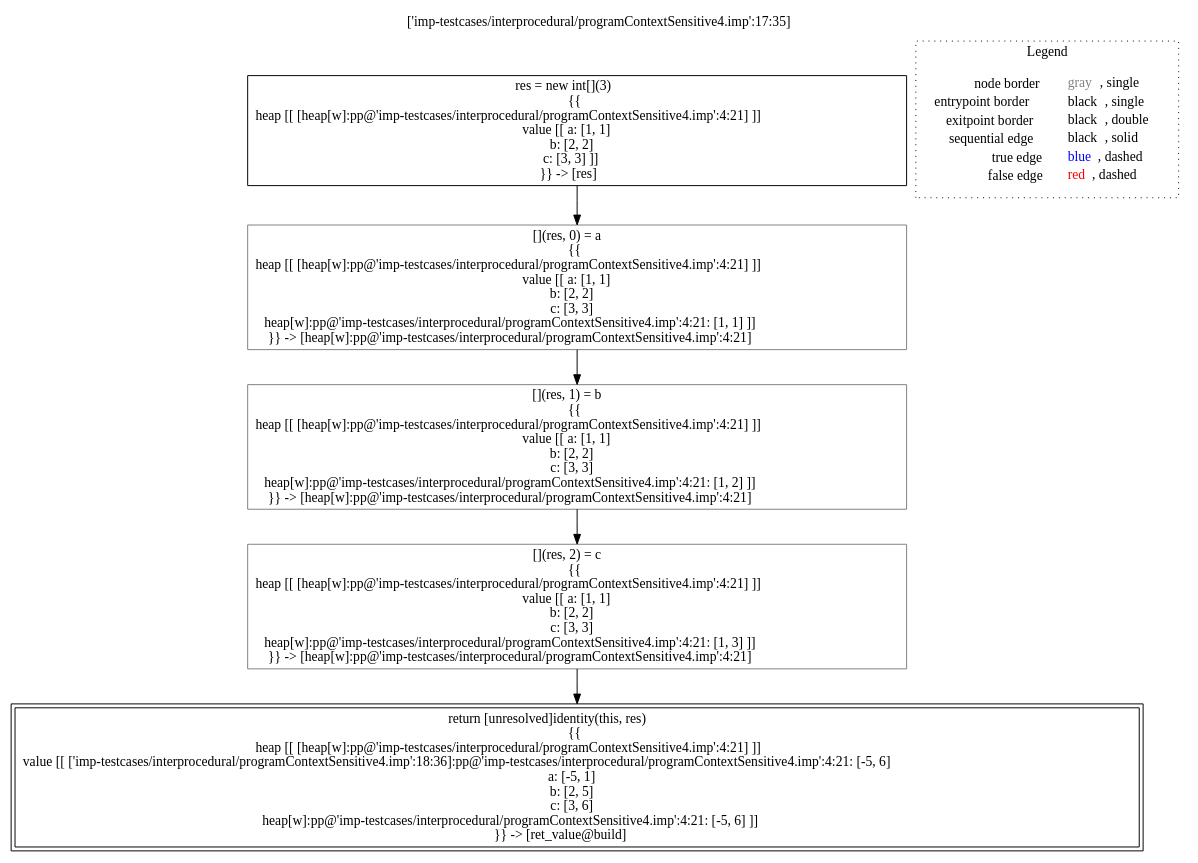
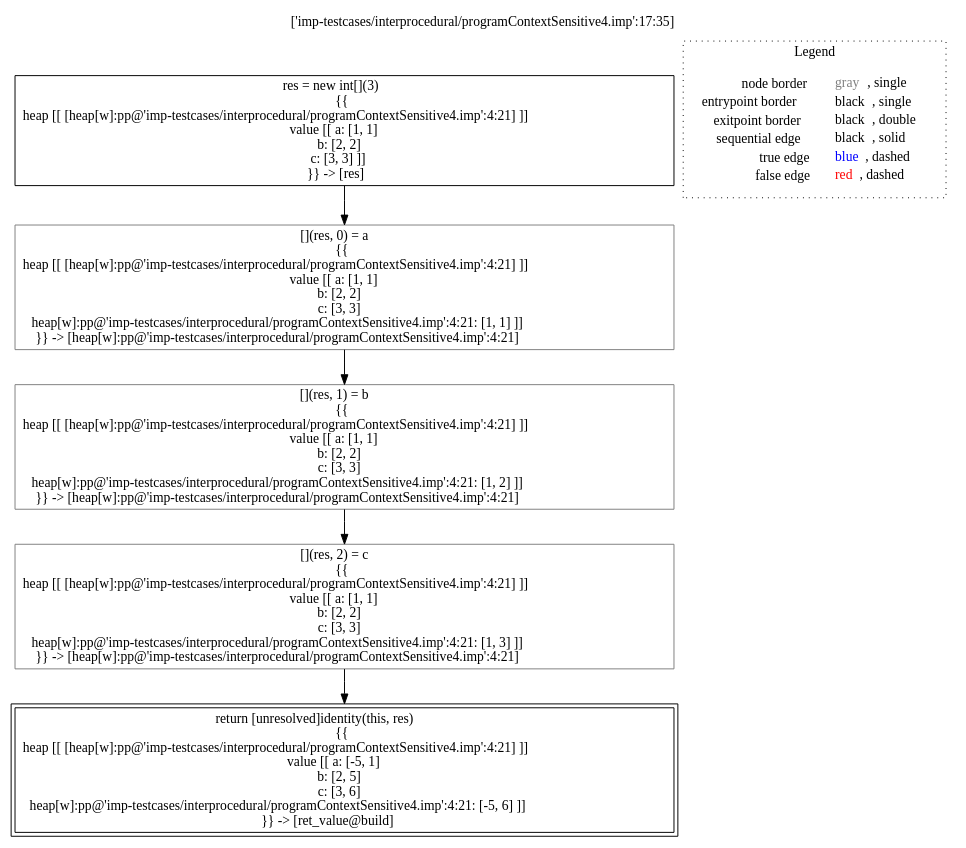
One commit to lisa-analyzer/lisa changed the diagram in lisa/imp-testcases/interprocedural/RTAContextSensitive5/analysis___-2042609950_untyped_A.build(A_this,_untyped_a,_untyped_b,_untyped_c).dot. Above: the diagram before and after it, drawn with Graphviz. The commit also changed 8 other files, not shown here.

Commit message:
#95 corrected and improved context sensitive + rta + point-based heap tests

```diff
--- a/lisa/imp-testcases/interprocedural/RTAContextSensitive5/analysis___-2042609950_untyped_A.build(A_this,_untyped_a,_untyped_b,_untyped_c).dot
+++ b/lisa/imp-testcases/interprocedural/RTAContextSensitive5/analysis___-2042609950_untyped_A.build(A_this,_untyped_a,_untyped_b,_untyped_c).dot
@@ -1,20 +1,20 @@
 digraph {
 	labelloc="t";
 	label="['imp-testcases/interprocedural/programContextSensitive4.imp':17:35]";
 	"node0" [shape="rect",color="black",label=<res = new int[](3)<BR/>{{<BR/>heap [[ [heap[w]:pp@'imp-testcases/interprocedural/programContextSensitive4.imp':4:21] ]]<BR/>value [[ a: [1, 1]<BR/>b: [2, 2]<BR/>c: [3, 3] ]]<BR/>}} -&gt; [res]>];
 	"node1" [shape="rect",color="gray",label=<[](res, 2) = c<BR/>{{<BR/>heap [[ [heap[w]:pp@'imp-testcases/interprocedural/programContextSensitive4.imp':4:21] ]]<BR/>value [[ a: [1, 1]<BR/>b: [2, 2]<BR/>c: [3, 3]<BR/>heap[w]:pp@'imp-testcases/interprocedural/programContextSensitive4.imp':4:21: [1, 3] ]]<BR/>}} -&gt; [heap[w]:pp@'imp-testcases/interprocedural/programContextSensitive4.imp':4:21]>];
-	"node2" [shape="rect",color="black",peripheries="2",label=<return [unresolved]identity(this, res)<BR/>{{<BR/>heap [[ [heap[w]:pp@'imp-testcases/interprocedural/programContextSensitive4.imp':4:21] ]]<BR/>value [[ ['imp-testcases/interprocedural/programContextSensitive4.imp':18:36]:pp@'imp-testcases/interprocedural/programContextSensitive4.imp':4:21: [-5, 6]<BR/>a: [-5, 1]<BR/>b: [2, 5]<BR/>c: [3, 6]<BR/>heap[w]:pp@'imp-testcases/interprocedural/programContextSensitive4.imp':4:21: [-5, 6] ]]<BR/>}} -&gt; [ret_value@build]>];
+	"node2" [shape="rect",color="black",peripheries="2",label=<return [unresolved]identity(this, res)<BR/>{{<BR/>heap [[ [heap[w]:pp@'imp-testcases/interprocedural/programContextSensitive4.imp':4:21] ]]<BR/>value [[ a: [-5, 1]<BR/>b: [2, 5]<BR/>c: [3, 6]<BR/>heap[w]:pp@'imp-testcases/interprocedural/programContextSensitive4.imp':4:21: [-5, 6] ]]<BR/>}} -&gt; [ret_value@build]>];
 	"node3" [shape="rect",color="gray",label=<[](res, 0) = a<BR/>{{<BR/>heap [[ [heap[w]:pp@'imp-testcases/interprocedural/programContextSensitive4.imp':4:21] ]]<BR/>value [[ a: [1, 1]<BR/>b: [2, 2]<BR/>c: [3, 3]<BR/>heap[w]:pp@'imp-testcases/interprocedural/programContextSensitive4.imp':4:21: [1, 1] ]]<BR/>}} -&gt; [heap[w]:pp@'imp-testcases/interprocedural/programContextSensitive4.imp':4:21]>];
 	"node4" [shape="rect",color="gray",label=<[](res, 1) = b<BR/>{{<BR/>heap [[ [heap[w]:pp@'imp-testcases/interprocedural/programContextSensitive4.imp':4:21] ]]<BR/>value [[ a: [1, 1]<BR/>b: [2, 2]<BR/>c: [3, 3]<BR/>heap[w]:pp@'imp-testcases/interprocedural/programContextSensitive4.imp':4:21: [1, 2] ]]<BR/>}} -&gt; [heap[w]:pp@'imp-testcases/interprocedural/programContextSensitive4.imp':4:21]>];
 	"node1" -> "node2" [color="black"];
 	"node3" -> "node4" [color="black"];
 	"node4" -> "node1" [color="black"];
 	"node0" -> "node3" [color="black"];
 subgraph cluster_legend {
 	label="Legend";
 	style=dotted;
 	node [shape=plaintext];
 	"legend" [label=<<table border="0" cellpadding="2" cellspacing="0" cellborder="0"><tr><td align="right">node border&nbsp;</td><td align="left"><font color="gray">gray</font>, single</td></tr><tr><td align="right">entrypoint border&nbsp;</td><td align="left"><font color="black">black</font>, single</td></tr><tr><td align="right">exitpoint border&nbsp;</td><td align="left"><font color="black">black</font>, double</td></tr><tr><td align="right">sequential edge&nbsp;</td><td align="left"><font color="black">black</font>, solid</td></tr><tr><td align="right">true edge&nbsp;</td><td align="left"><font color="blue">blue</font>, dashed</td></tr><tr><td align="right">false edge&nbsp;</td><td align="left"><font color="red">red</font>, dashed</td></tr></table>>];
 }
 
 }
```
